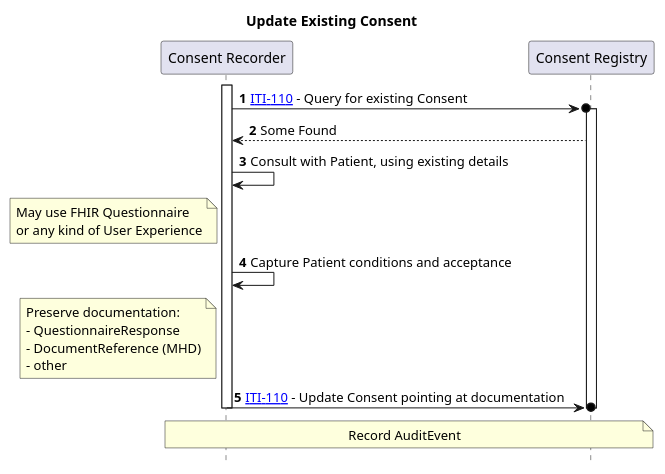
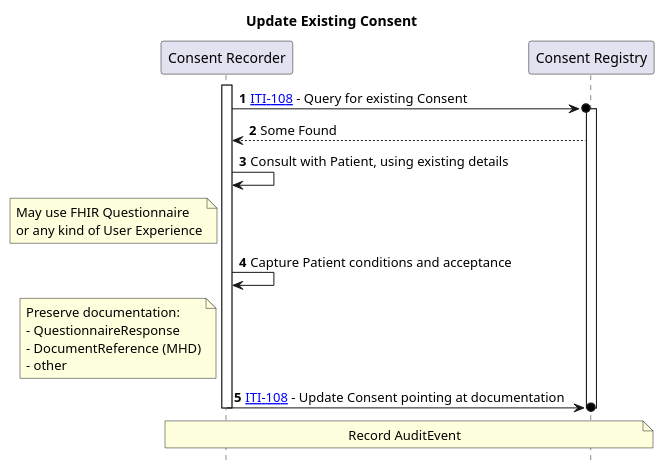
The diagram in input/images-source/usecase2-processflow.plantuml (IHE/ITI.PCF), drawn with PlantUML before and after one commit. The commit also changed 11 other files, not shown here.

```diff
--- a/input/images-source/usecase2-processflow.plantuml
+++ b/input/images-source/usecase2-processflow.plantuml
@@ -1,20 +1,20 @@
 @startuml
 skinparam svgDimensionStyle false
 hide footbox
 autonumber
 title "Update Existing Consent"
 participant "Consent Recorder" as capture
 participant "Consent Registry" as registry
 activate capture
-capture ->o registry : [[ITI-110.html ITI-110]] - Query for existing Consent
+capture ->o registry : [[ITI-108.html ITI-108]] - Query for existing Consent
 activate registry
 registry --> capture : Some Found
 capture -> capture : Consult with Patient, using existing details
 note left of capture: May use FHIR Questionnaire\nor any kind of User Experience
 capture -> capture : Capture Patient conditions and acceptance
 note left of capture: Preserve documentation:\n- QuestionnaireResponse\n- DocumentReference (MHD)\n- other
-capture ->o registry : [[ITI-110.html ITI-110]] - Update Consent pointing at documentation
+capture ->o registry : [[ITI-108.html ITI-108]] - Update Consent pointing at documentation
 note over capture, registry : Record AuditEvent
 deactivate registry
 deactivate capture 
 @enduml
```
